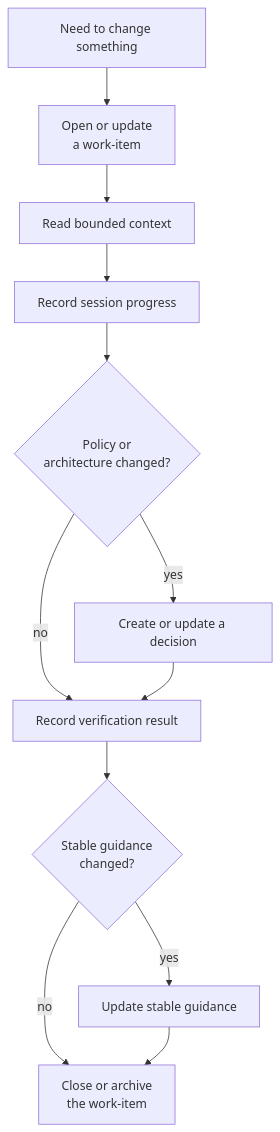
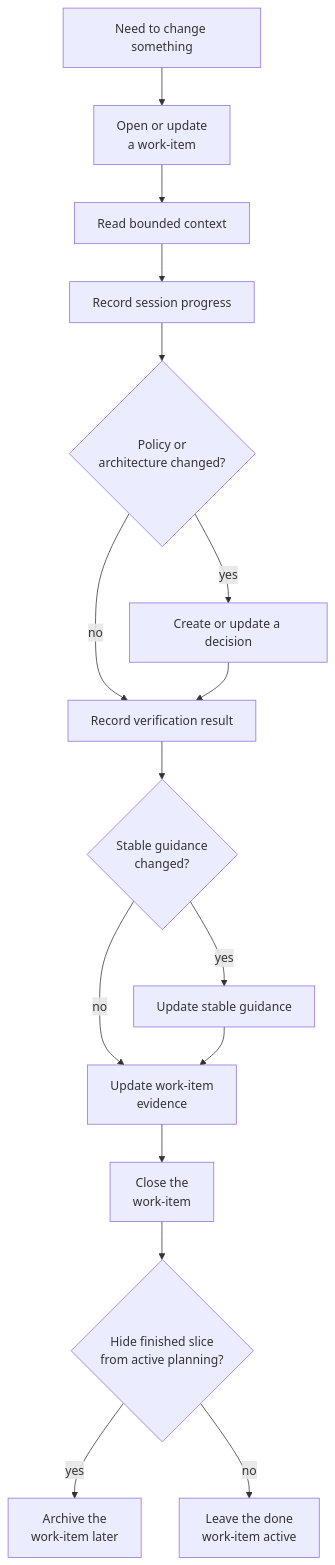
One commit to Moonbreeze/project-memory changed the first of 2 diagrams in docs/usage.md. Above: the diagram before and after it, drawn with Mermaid. The commit also changed other lines of this file and 12 other files, not shown here.

Commit message:
Clarify work-item closure flow and done evidence invariant

````diff
--- a/docs/usage.md
+++ b/docs/usage.md
@@ -48,14 +65,18 @@
 ```mermaid
 flowchart TD
     start[Need to change something] --> backlog[Open or update<br/>a work-item]
     backlog --> context[Read bounded context]
     context --> session[Record session progress]
     session --> policy{Policy or<br/>architecture changed?}
     policy -- yes --> decision[Create or update a decision]
     policy -- no --> verify[Record verification result]
     decision --> verify[Record verification result]
     verify --> stable{Stable guidance<br/>changed?}
     stable -- yes --> reference[Update stable guidance]
-    stable -- no --> close
-    reference --> close[Close or archive<br/>the work-item]
+    stable -- no --> evidence[Update work-item<br/>evidence]
+    reference --> evidence[Update work-item<br/>evidence]
+    evidence --> close[Close the<br/>work-item]
+    close --> archive{Hide finished slice<br/>from active planning?}
+    archive -- yes --> archiveDone[Archive the<br/>work-item later]
+    archive -- no --> finish[Leave the done<br/>work-item active]
 ```
````
